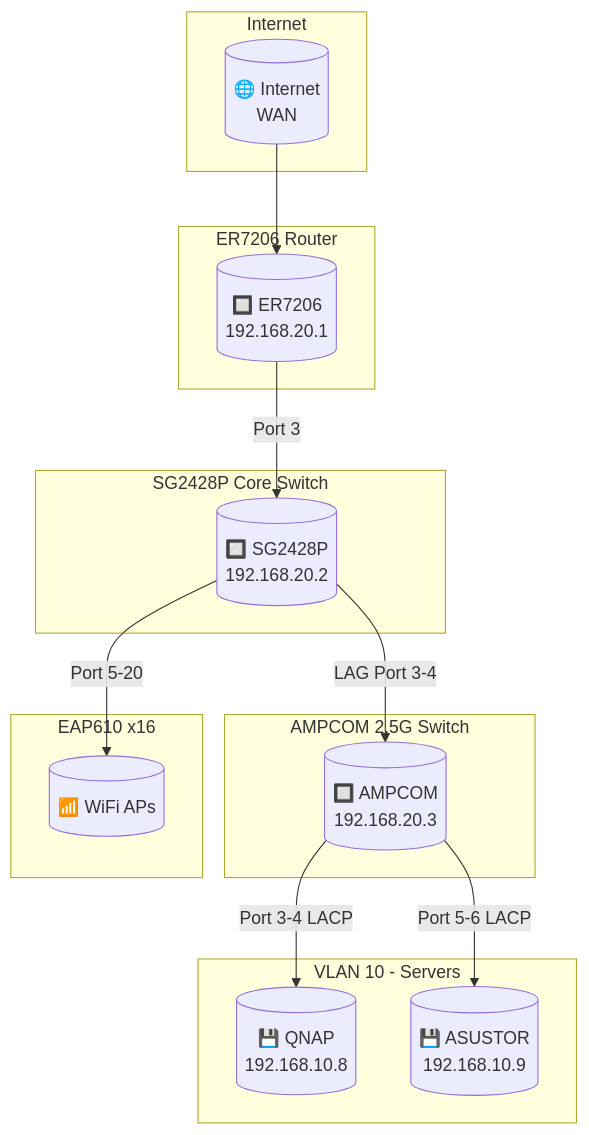
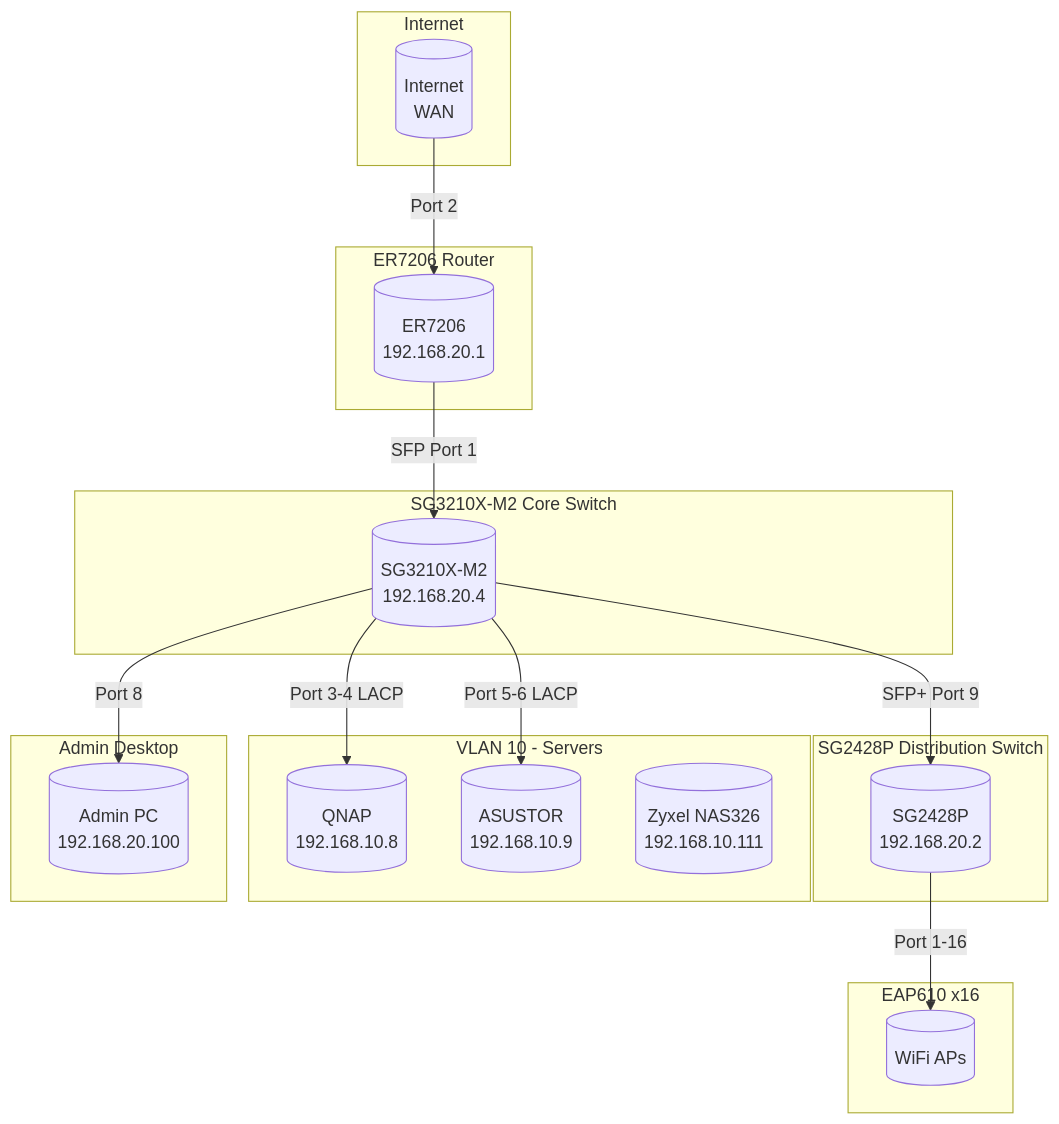
One commit to peancharoen/lcbp3 changed the second of 2 diagrams in specs/02-architecture/02-03-network-design.md. Above: the diagram before and after it, drawn with Mermaid. The commit also changed other lines of this file and 66 other files, not shown here.

````diff
--- a/specs/02-architecture/02-03-network-design.md
+++ b/specs/02-architecture/02-03-network-design.md
@@ -81,34 +81,40 @@
 ```mermaid
 graph TB
     subgraph Internet
-        WAN[("🌐 Internet<br/>WAN")]
+        WAN[("Internet<br/>WAN")]
     end
 
     subgraph Router["ER7206 Router"]
-        R[("🔲 ER7206<br/>192.168.20.1")]
+        R[("ER7206<br/>192.168.20.1")]
     end
 
-    subgraph CoreSwitch["SG2428P Core Switch"]
-        CS[("🔲 SG2428P<br/>192.168.20.2")]
+    subgraph CoreSwitch["SG3210X-M2 Core Switch"]
+        CS[("SG3210X-M2<br/>192.168.20.4")]
     end
 
-    subgraph ServerSwitch["AMPCOM 2.5G Switch"]
-        SS[("🔲 AMPCOM<br/>192.168.20.3")]
+    subgraph DistSwitch["SG2428P Distribution Switch"]
+        DS[("SG2428P<br/>192.168.20.2")]
     end
 
     subgraph Servers["VLAN 10 - Servers"]
-        QNAP[("💾 QNAP<br/>192.168.10.8")]
-        ASUSTOR[("💾 ASUSTOR<br/>192.168.10.9")]
+        QNAP[(" QNAP<br/>192.168.10.8")]
+        ASUSTOR[(" ASUSTOR<br/>192.168.10.9")]
+        Zyxel[(" Zyxel NAS326<br/>192.168.10.111")]
     end
 
     subgraph AccessPoints["EAP610 x16"]
-        AP[("📶 WiFi APs")]
+        AP[(" WiFi APs")]
     end
 
-    WAN --> R
-    R -->|Port 3| CS
-    CS -->|LAG Port 3-4| SS
-    SS -->|Port 3-4 LACP| QNAP
-    SS -->|Port 5-6 LACP| ASUSTOR
-    CS -->|Port 5-20| AP
+    subgraph AdminPC["Admin Desktop"]
+        PC[(" Admin PC<br/>192.168.20.100")]
+    end
+
+    WAN -->|Port 2| R
+    R -->|SFP Port 1| CS
+    CS -->|SFP+ Port 9| DS
+    CS -->|Port 3-4 LACP| QNAP
+    CS -->|Port 5-6 LACP| ASUSTOR
+    CS -->|Port 8| PC
+    DS -->|Port 1-16| AP
 ```
````
